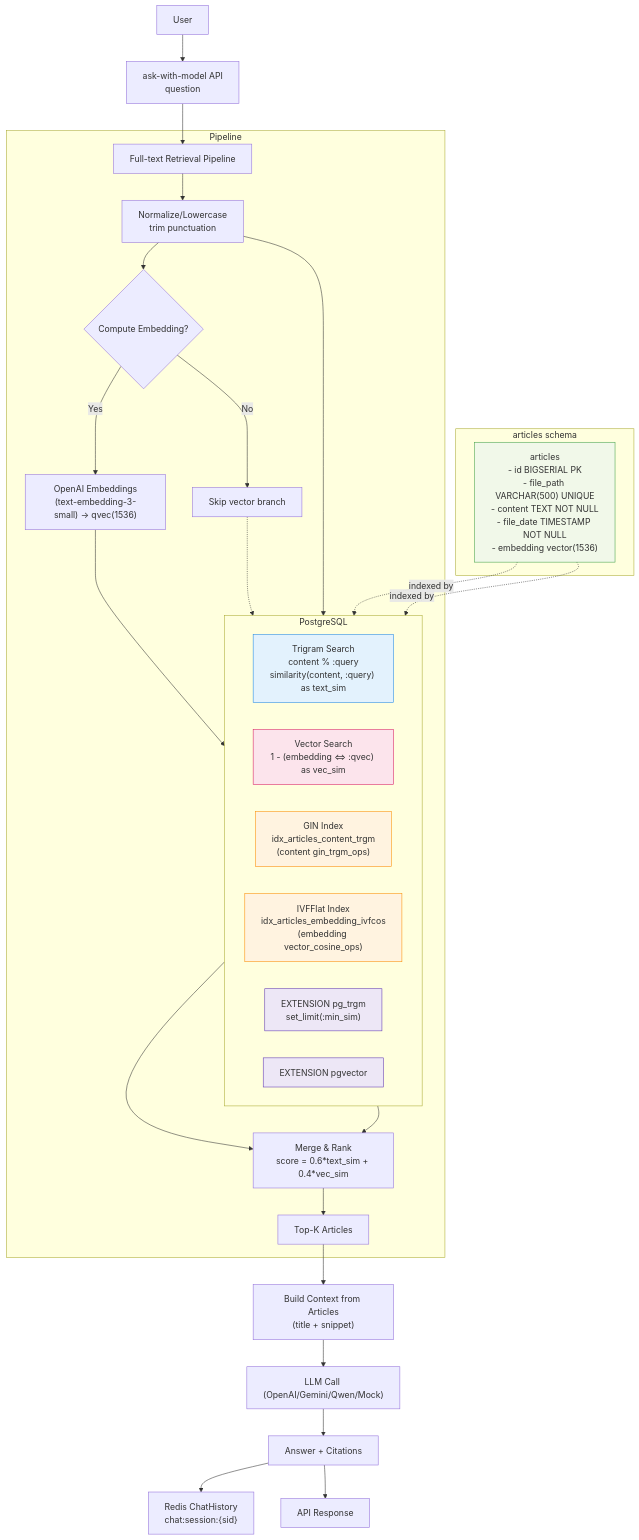
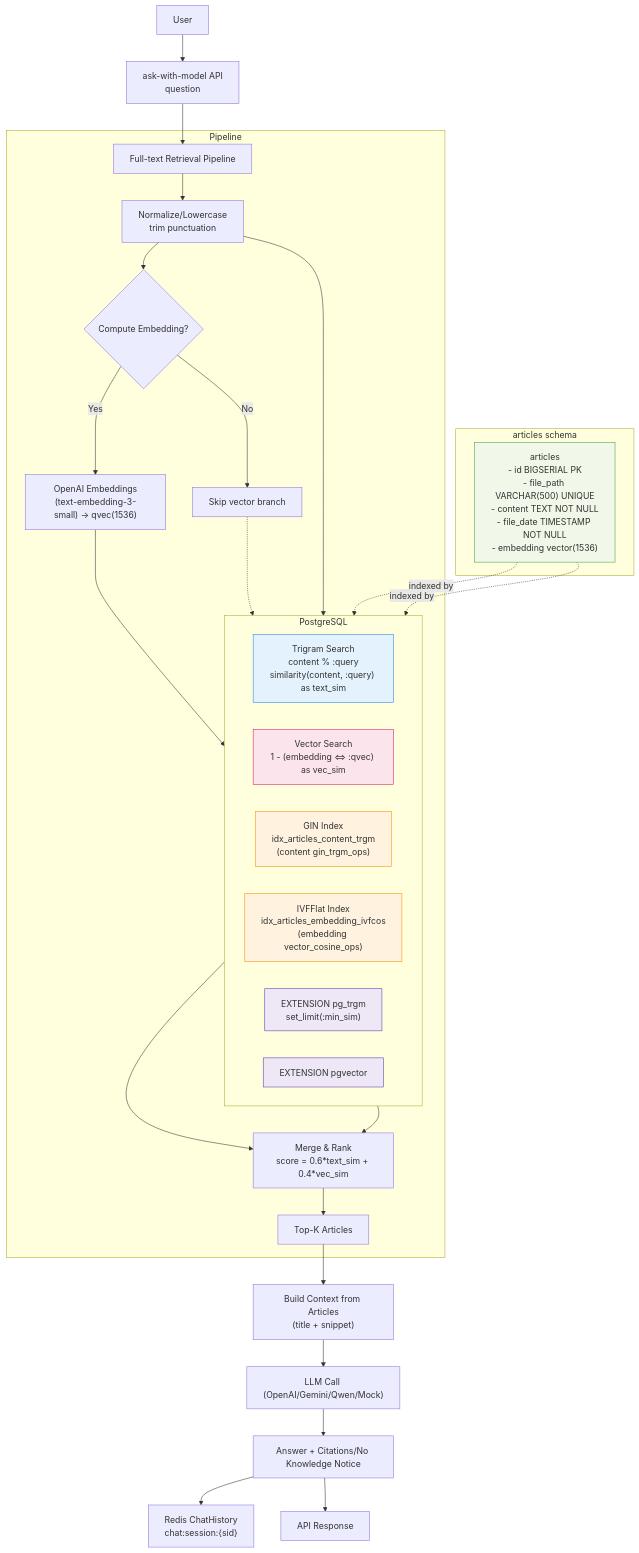
Before and after one commit to Vinskao/maya-sawa-v2: the third of 3 diagrams in README.md, drawn with Mermaid. The commit also changed other lines of this file and 1 other file, not shown here.

````diff
--- a/README.md
+++ b/README.md
@@ -104,53 +118,53 @@
 ```mermaid
 graph TD
   %% 使用者與入口
   U["User"] --> Q["ask-with-model API<br/>question"]
   Q --> P["Full-text Retrieval Pipeline"]
 
   %% 檢索流程
   subgraph "Pipeline"
     P --> N["Normalize/Lowercase<br/>trim punctuation"]
     N --> E{"Compute Embedding?"}
     E -- Yes --> EM["OpenAI Embeddings<br/>(text-embedding-3-small) → qvec(1536)"]
     E -- No --> SKIP["Skip vector branch"]
 
     %% Postgres 檢索（Trigram 與 Vector）
     subgraph "PostgreSQL"
       direction LR
       PG1["Trigram Search<br/>content % :query<br/>similarity(content, :query) as text_sim"]:::trgm
       PG2["Vector Search<br/>1 - (embedding <=> :qvec) as vec_sim"]:::vec
       IDX1["GIN Index<br/>idx_articles_content_trgm<br/>(content gin_trgm_ops)"]:::idx
       IDX2["IVFFlat Index<br/>idx_articles_embedding_ivfcos<br/>(embedding vector_cosine_ops)"]:::idx
       EXT1["EXTENSION pg_trgm<br/>set_limit(:min_sim)"]:::ext
       EXT2["EXTENSION pgvector"]:::ext
     end
 
     EM --> PG2
     SKIP -.-> PG1
     N --> PG1
     PG1 --> MRG["Merge & Rank<br/>score = 0.6*text_sim + 0.4*vec_sim"]
     PG2 --> MRG
     MRG --> TOPK["Top-K Articles"]
   end
 
   %% 後處理與回傳
   TOPK --> CTX["Build Context from Articles<br/>(title + snippet)"]
   CTX --> AI["LLM Call (OpenAI/Gemini/Qwen/Mock)"]
-  AI --> RESP["Answer + Citations"]
+  AI --> RESP["Answer + Citations/No Knowledge Notice"]
   RESP --> RDS["Redis ChatHistory<br/>chat:session:{sid}"]
   RESP --> OUT["API Response"]
 
   %% 資料表與索引
   subgraph "articles schema"
     TBL["articles<br/>- id BIGSERIAL PK<br/>- file_path VARCHAR(500) UNIQUE<br/>- content TEXT NOT NULL<br/>- file_date TIMESTAMP NOT NULL<br/>- embedding vector(1536)"]:::tbl
   end
   TBL -. indexed by .-> IDX1
   TBL -. indexed by .-> IDX2
 
   %% 樣式
   classDef trgm fill:#e3f2fd,stroke:#1e88e5,stroke-width:1px
   classDef vec fill:#fce4ec,stroke:#d81b60,stroke-width:1px
   classDef idx fill:#fff3e0,stroke:#fb8c00,stroke-width:1px
   classDef ext fill:#ede7f6,stroke:#5e35b1,stroke-width:1px
   classDef tbl fill:#f1f8e9,stroke:#43a047,stroke-width:1px
 ```
````
